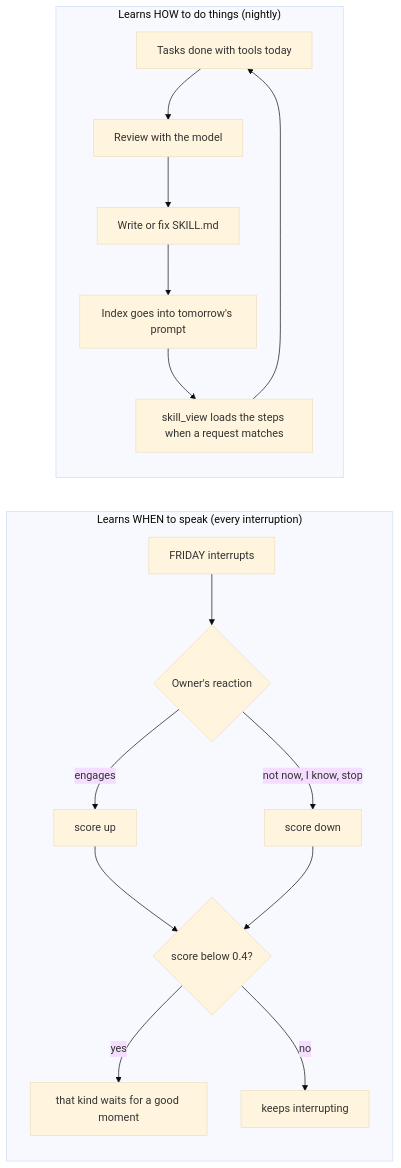
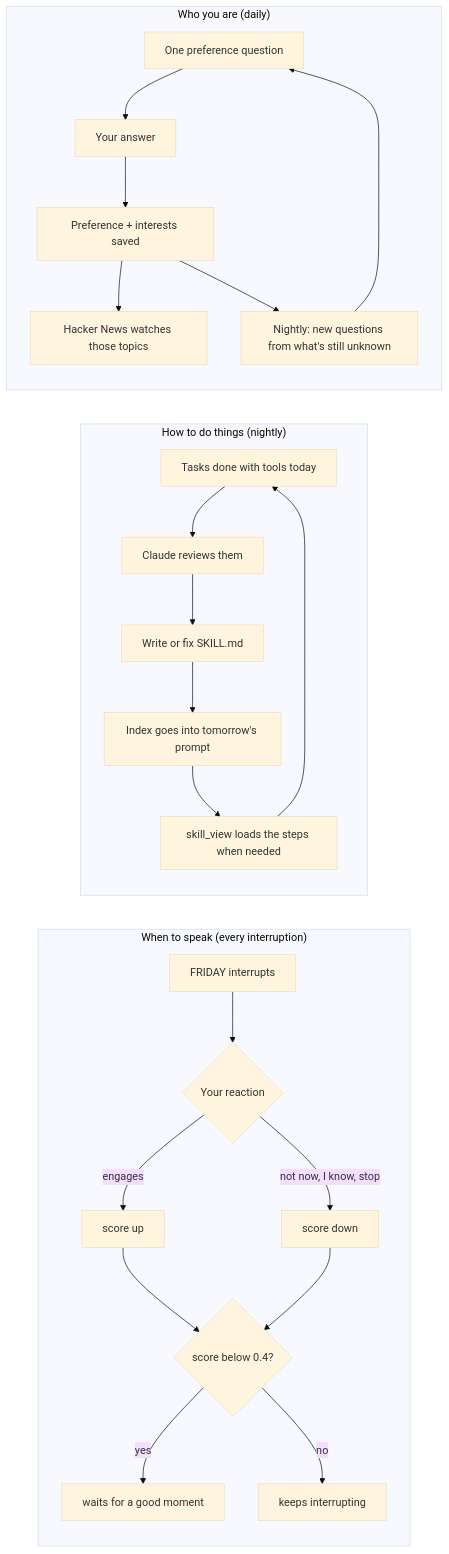
Before and after one commit to thesnarkitecht/friday: the second of 2 diagrams in docs/ARCHITECTURE.md, drawn with Mermaid (base theme). The commit also changed other lines of this file and 29 other files, not shown here.

First line of the commit message:
Rebuild FRIDAY as an earbud assistant on Claude with plugins in one container

````diff
--- a/docs/ARCHITECTURE.md
+++ b/docs/ARCHITECTURE.md
@@ -74,19 +83,27 @@
 ```mermaid
 flowchart LR
-    subgraph WHEN["Learns WHEN to speak (every interruption)"]
-        a1[FRIDAY interrupts] --> a2{Owner's reaction}
-        a2 -- "engages" --> a3[score up]
+    subgraph WHEN["When to speak (every interruption)"]
+        a1[FRIDAY interrupts] --> a2{Your reaction}
+        a2 -- engages --> a3[score up]
         a2 -- "not now, I know, stop" --> a4[score down]
         a3 & a4 --> a5{score below 0.4?}
-        a5 -- yes --> a6[that kind waits for a good moment]
+        a5 -- yes --> a6[waits for a good moment]
         a5 -- no --> a7[keeps interrupting]
     end
 
-    subgraph HOW["Learns HOW to do things (nightly)"]
-        b1[Tasks done with tools today] --> b2[Review with the model]
+    subgraph HOW["How to do things (nightly)"]
+        b1[Tasks done with tools today] --> b2[Claude reviews them]
         b2 --> b3[Write or fix SKILL.md]
         b3 --> b4[Index goes into tomorrow's prompt]
-        b4 --> b5[skill_view loads the steps when a request matches]
+        b4 --> b5[skill_view loads the steps when needed]
         b5 --> b1
     end
+
+    subgraph WHO["Who you are (daily)"]
+        c1[One preference question] --> c2[Your answer]
+        c2 --> c3[Preference + interests saved]
+        c3 --> c4[Hacker News watches those topics]
+        c3 --> c5[Nightly: new questions from what's still unknown]
+        c5 --> c1
+    end
 ```
````
